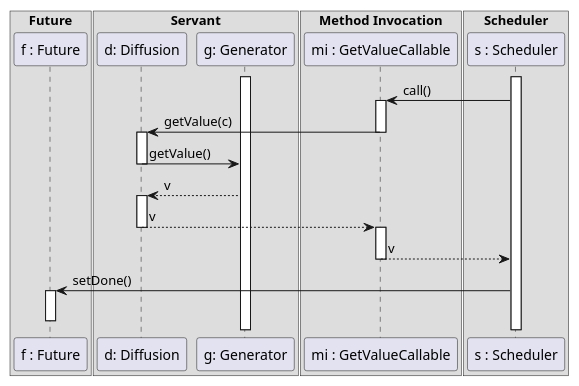
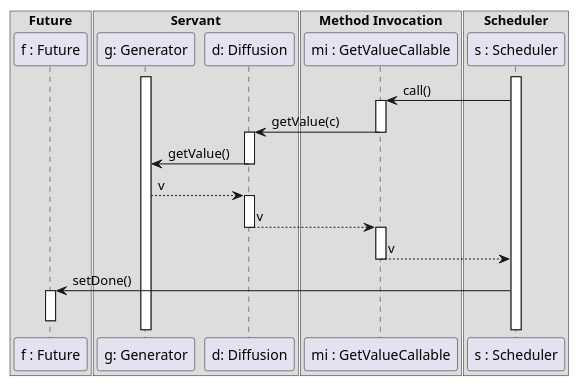
The diagram in spec/getValueAsync2.puml (ISTIC-M2-ILa-GM/aodp), drawn with PlantUML before and after one commit. The commit also changed other lines of this file, not shown here.

```diff
--- a/spec/getValueAsync2.puml
+++ b/spec/getValueAsync2.puml
@@ -1,34 +1,34 @@
 @startuml
 box "Future"
     participant "f : Future" as f
 end box
 box "Servant"
+    participant "g: Generator" as g
     participant "d: Diffusion" as d
-    participant "g: Generator" as g
 end box
 box "Method Invocation"
     participant "mi : GetValueCallable" as mi
 end box
 box "Scheduler"
     participant "s : Scheduler" as s
 end box
 activate g
 activate s
 s -> mi: call()
 activate mi
 mi -> d: getValue(c)
 deactivate mi
 activate d
 d -> g: getValue()
 deactivate d
 g --> d: v
 activate d
 d --> mi: v
 deactivate d
 activate mi
 mi --> s: v
 deactivate mi
 s -> f: setDone()
 activate f
 deactivate f
 @enduml
```
